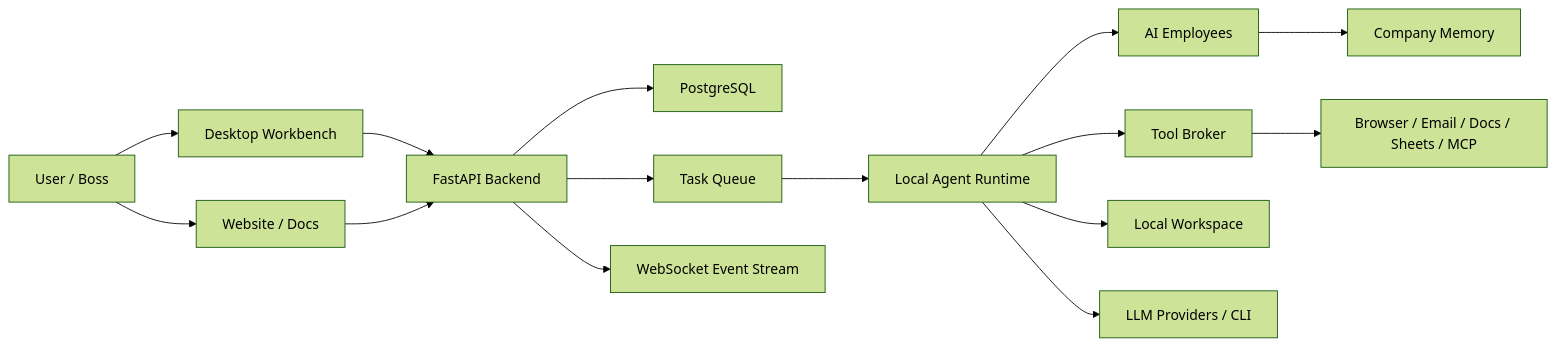
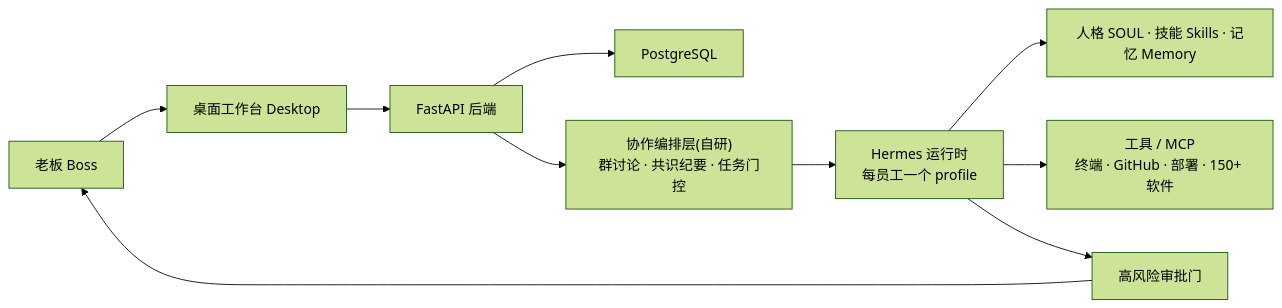
Before and after one commit to Clycheng/agentpulse: the diagram in README.md, drawn with Mermaid (forest theme). The commit also changed other lines of this file and 1 other file, not shown here.

````diff
--- a/README.md
+++ b/README.md
@@ -98,21 +70,11 @@
 ```mermaid
 flowchart LR
-  User["User / Boss"] --> Desktop["Desktop Workbench"]
-  User --> Web["Website / Docs"]
-
-  Desktop --> API["FastAPI Backend"]
-  Web --> API
-
+  User["老板 Boss"] --> Desktop["桌面工作台 Desktop"]
+  Desktop --> API["FastAPI 后端"]
   API --> DB["PostgreSQL"]
-  API --> Queue["Task Queue"]
-  API --> Realtime["WebSocket Event Stream"]
-
-  Queue --> Runtime["Local Agent Runtime"]
-  Runtime --> Agents["AI Employees"]
-  Runtime --> Tools["Tool Broker"]
-  Runtime --> Files["Local Workspace"]
-  Runtime --> Providers["LLM Providers / CLI"]
-
-  Agents --> Memory["Company Memory"]
-  Tools --> Integrations["Browser / Email / Docs / Sheets / MCP"]
+  API --> Orch["协作编排层(自研)<br/>群讨论 · 共识纪要 · 任务门控"]
+  Orch --> Hermes["Hermes 运行时<br/>每员工一个 profile"]
+  Hermes --> Cap["人格 SOUL · 技能 Skills · 记忆 Memory"]
+  Hermes --> Tools["工具 / MCP<br/>终端 · GitHub · 部署 · 150+ 软件"]
+  Hermes --> Gate["高风险审批门"] --> User
 ```
````
